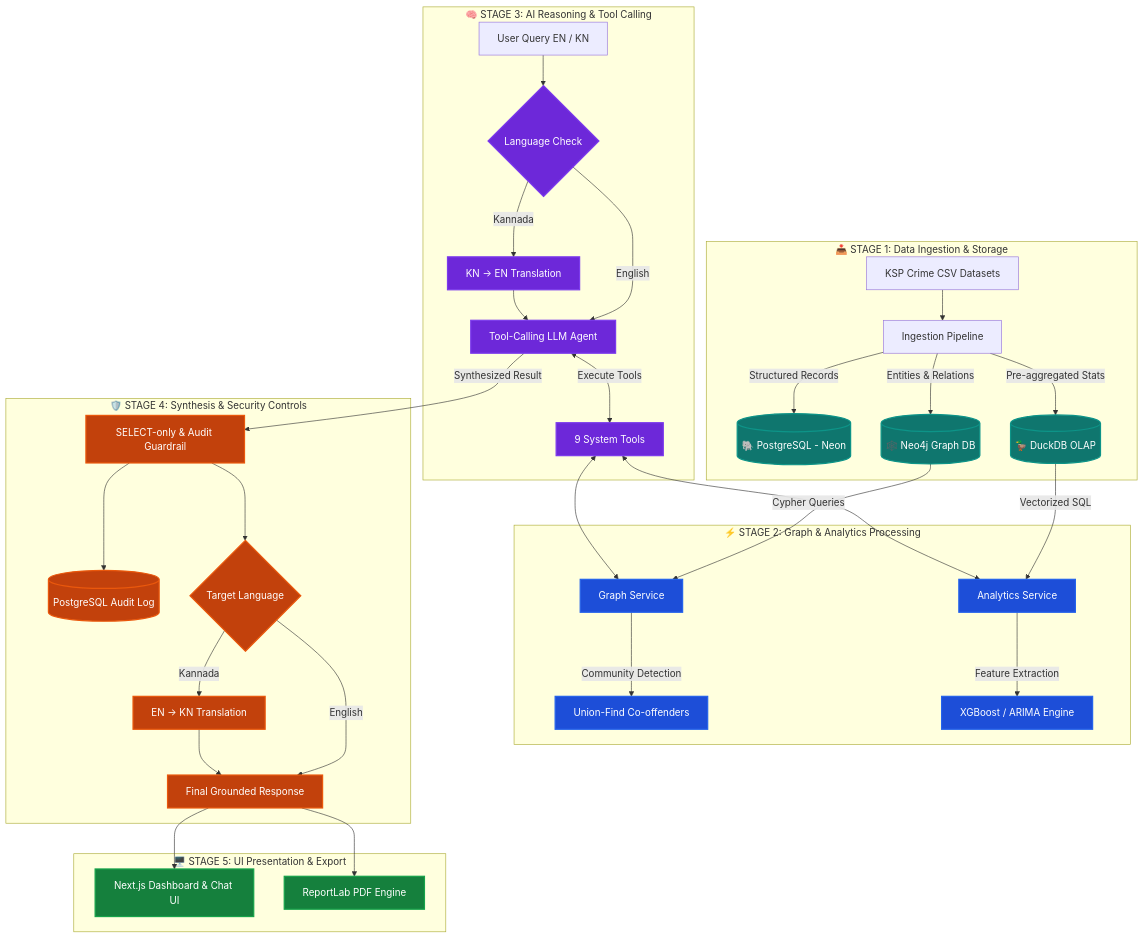
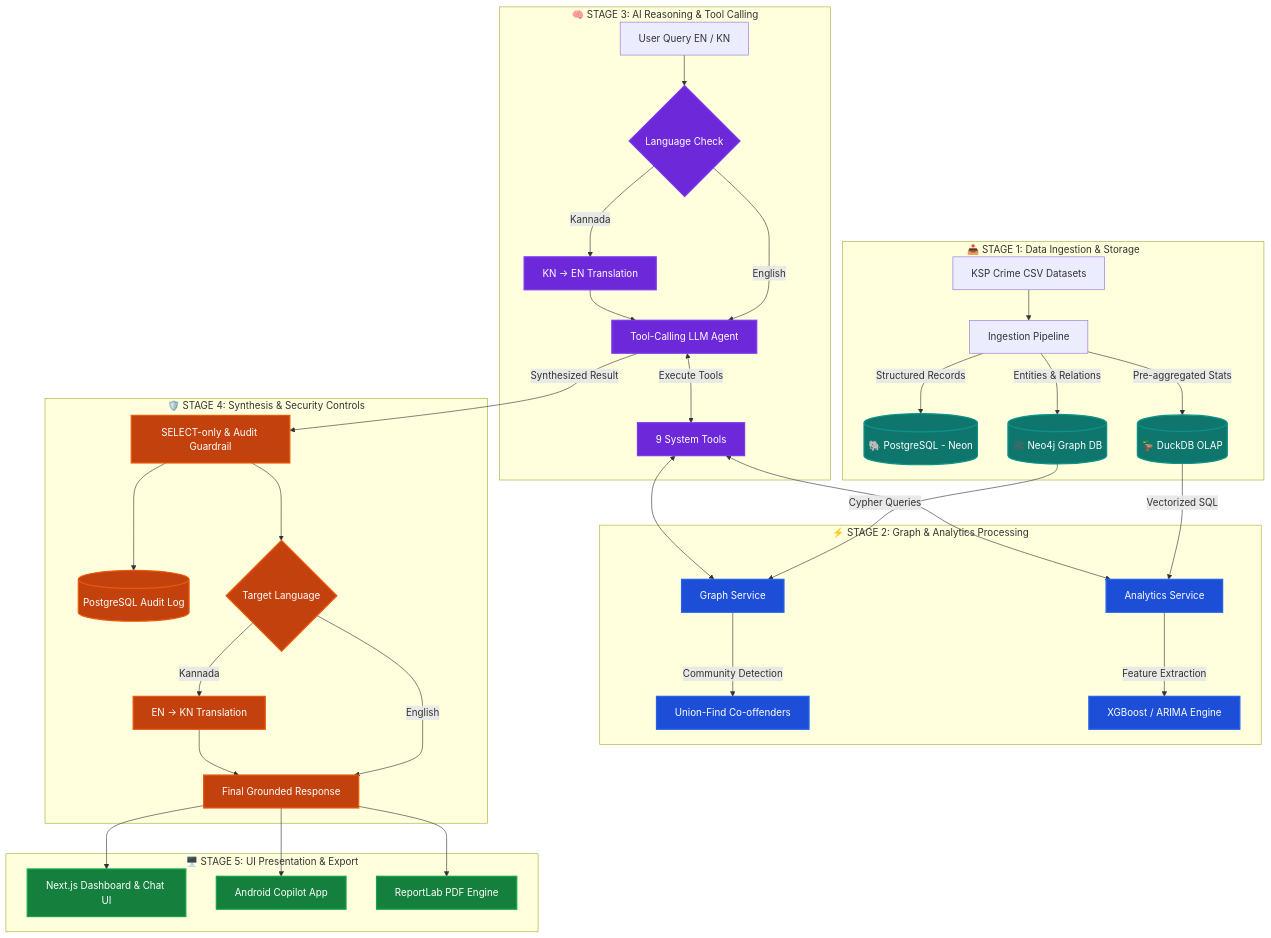
The second of 3 diagrams in README.md (8ernity/CrimeRakshak), drawn with Mermaid before and after one commit. The commit also changed other lines of this file, not shown here.

````diff
--- a/README.md
+++ b/README.md
@@ -120,47 +123,48 @@
 ```mermaid
 flowchart TD
     %% Custom Stage Color Themes
     classDef stage1 fill:#0F766E,stroke:#0D9488,stroke-width:2px,color:#FFFFFF
     classDef stage2 fill:#1D4ED8,stroke:#2563EB,stroke-width:2px,color:#FFFFFF
     classDef stage3 fill:#6D28D9,stroke:#7C3AED,stroke-width:2px,color:#FFFFFF
     classDef stage4 fill:#C2410C,stroke:#EA580C,stroke-width:2px,color:#FFFFFF
     classDef stage5 fill:#15803D,stroke:#16A34A,stroke-width:2px,color:#FFFFFF
 
     subgraph Stage1["📥 STAGE 1: Data Ingestion & Storage"]
         RawCSV[KSP Crime CSV Datasets] --> Loader[Ingestion Pipeline]
         Loader -->|Structured Records| PG[(🐘 PostgreSQL - Neon)]:::stage1
         Loader -->|Pre-aggregated Stats| DDB[(🦆 DuckDB OLAP)]:::stage1
         Loader -->|Entities & Relations| N4J[(🕸️ Neo4j Graph DB)]:::stage1
     end
 
     subgraph Stage2["⚡ STAGE 2: Graph & Analytics Processing"]
         N4J -->|Cypher Queries| GraphEngine[Graph Service]:::stage2
         DDB -->|Vectorized SQL| AnalyticsEngine[Analytics Service]:::stage2
         GraphEngine -->|Community Detection| UF[Union-Find Co-offenders]:::stage2
         AnalyticsEngine -->|Feature Extraction| ML[XGBoost / ARIMA Engine]:::stage2
     end
 
     subgraph Stage3["🧠 STAGE 3: AI Reasoning & Tool Calling"]
         UserQuery[User Query EN / KN] --> Translator{Language Check}:::stage3
         Translator -->|Kannada| ENTrans[KN → EN Translation]:::stage3
         Translator -->|English| Agent[Tool-Calling LLM Agent]:::stage3
         ENTrans --> Agent
         Agent <-->|Execute Tools| Tools[9 System Tools]:::stage3
         Tools <--> GraphEngine
         Tools <--> AnalyticsEngine
     end
 
     subgraph Stage4["🛡️ STAGE 4: Synthesis & Security Controls"]
         Agent -->|Synthesized Result| Guard[SELECT-only & Audit Guardrail]:::stage4
         Guard --> Audit[(PostgreSQL Audit Log)]:::stage4
         Guard --> ResTrans{Target Language}:::stage4
         ResTrans -->|Kannada| KNTrans[EN → KN Translation]:::stage4
         ResTrans -->|English| FinalAns[Final Grounded Response]:::stage4
         KNTrans --> FinalAns
     end
 
     subgraph Stage5["🖥️ STAGE 5: UI Presentation & Export"]
         FinalAns --> WebApp[Next.js Dashboard & Chat UI]:::stage5
+        FinalAns --> MobileApp[Android Copilot App]:::stage5
         FinalAns --> PDFGen[ReportLab PDF Engine]:::stage5
     end
 ```
````
